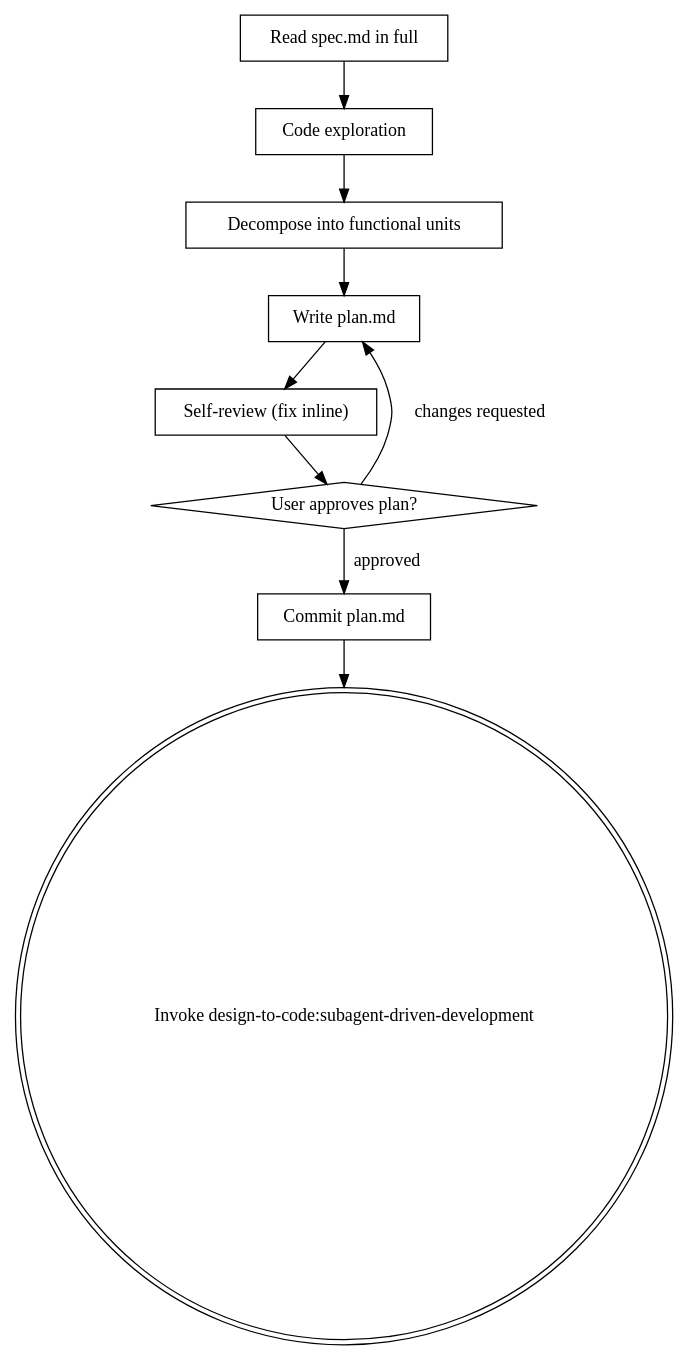
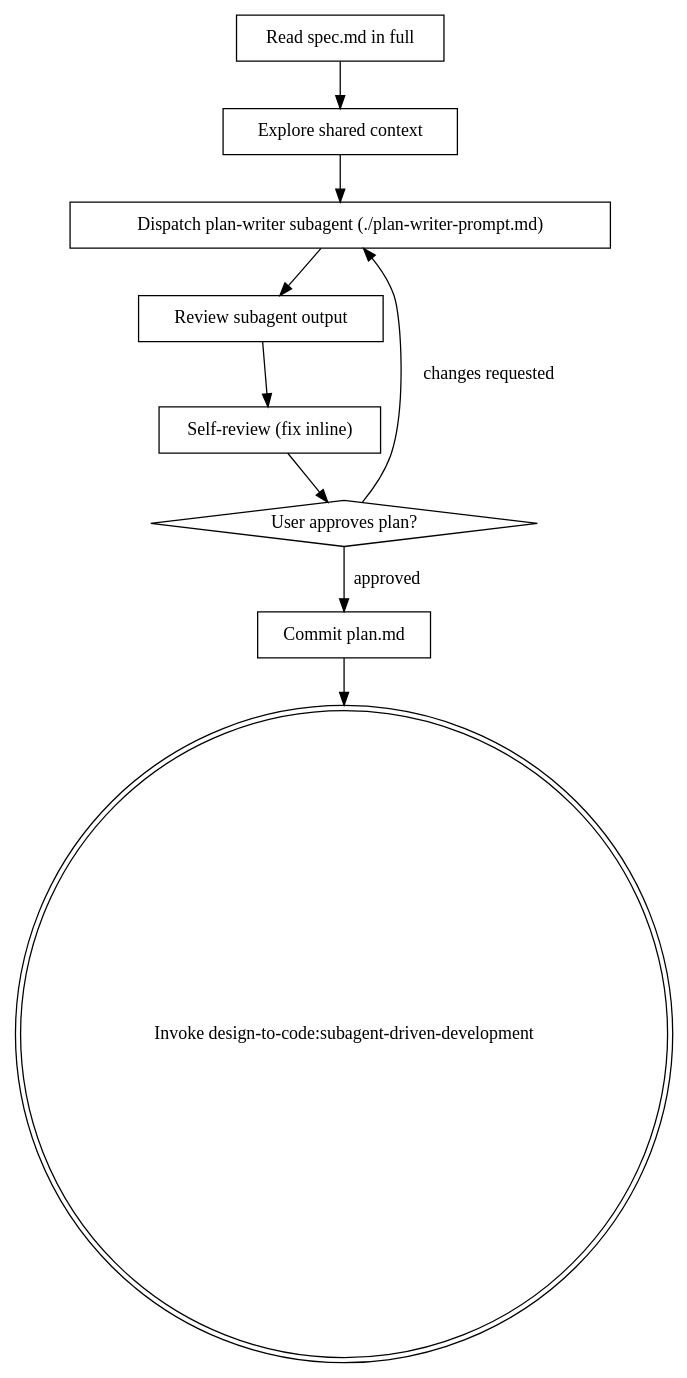
One commit to zhangtianwei1998/design-to-code changed the diagram in skills/writing-plans/SKILL.md. Above: the diagram before and after it, drawn with Graphviz. The commit also changed other lines of this file and 8 other files, not shown here.

````diff
--- a/skills/writing-plans/SKILL.md
+++ b/skills/writing-plans/SKILL.md
@@ -126,21 +126,21 @@
 ```dot
 digraph writing_plans {
     "Read spec.md in full" [shape=box];
-    "Code exploration" [shape=box];
-    "Decompose into functional units" [shape=box];
-    "Write plan.md" [shape=box];
+    "Explore shared context" [shape=box];
+    "Dispatch plan-writer subagent (./plan-writer-prompt.md)" [shape=box];
+    "Review subagent output" [shape=box];
     "Self-review (fix inline)" [shape=box];
     "User approves plan?" [shape=diamond];
     "Commit plan.md" [shape=box];
     "Invoke design-to-code:subagent-driven-development" [shape=doublecircle];
 
-    "Read spec.md in full" -> "Code exploration";
-    "Code exploration" -> "Decompose into functional units";
-    "Decompose into functional units" -> "Write plan.md";
-    "Write plan.md" -> "Self-review (fix inline)";
+    "Read spec.md in full" -> "Explore shared context";
+    "Explore shared context" -> "Dispatch plan-writer subagent (./plan-writer-prompt.md)";
+    "Dispatch plan-writer subagent (./plan-writer-prompt.md)" -> "Review subagent output";
+    "Review subagent output" -> "Self-review (fix inline)";
     "Self-review (fix inline)" -> "User approves plan?";
-    "User approves plan?" -> "Write plan.md" [label="changes requested"];
+    "User approves plan?" -> "Dispatch plan-writer subagent (./plan-writer-prompt.md)" [label="changes requested"];
     "User approves plan?" -> "Commit plan.md" [label="approved"];
     "Commit plan.md" -> "Invoke design-to-code:subagent-driven-development";
 }
 ```
````
